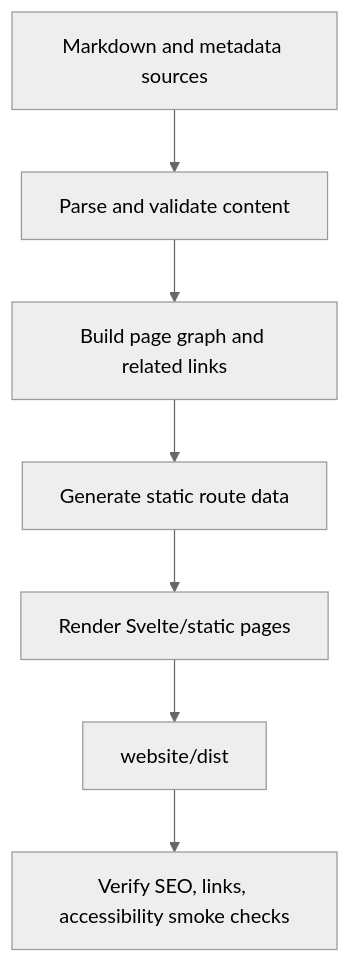
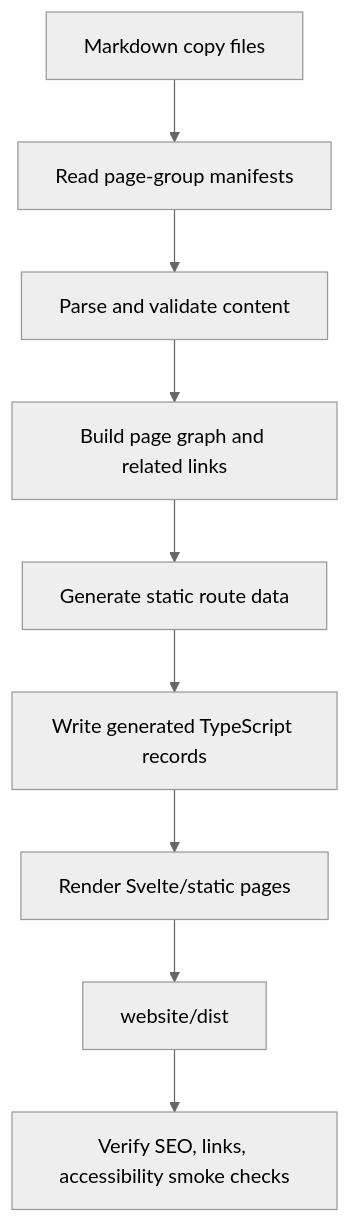
The diagram in website/docs/architecture/content-pipeline.md (alisonaquinas/flavor-grenade-lsp), drawn with Mermaid (neutral theme) before and after one commit. The commit also changed other lines of this file and 7 other files, not shown here.

````diff
--- a/website/docs/architecture/content-pipeline.md
+++ b/website/docs/architecture/content-pipeline.md
@@ -55,9 +182,11 @@
 ```mermaid
 flowchart TD
-  Docs["Markdown and metadata sources"] --> Parse["Parse and validate content"]
+  Docs["Markdown copy files"] --> Manifest["Read page-group manifests"]
+  Manifest --> Parse["Parse and validate content"]
   Parse --> Graph["Build page graph and related links"]
   Graph --> Routes["Generate static route data"]
-  Routes --> Render["Render Svelte/static pages"]
+  Routes --> Records["Write generated TypeScript records"]
+  Records --> Render["Render Svelte/static pages"]
   Render --> Dist["website/dist"]
   Dist --> Verify["Verify SEO, links, accessibility smoke checks"]
 ```
````
